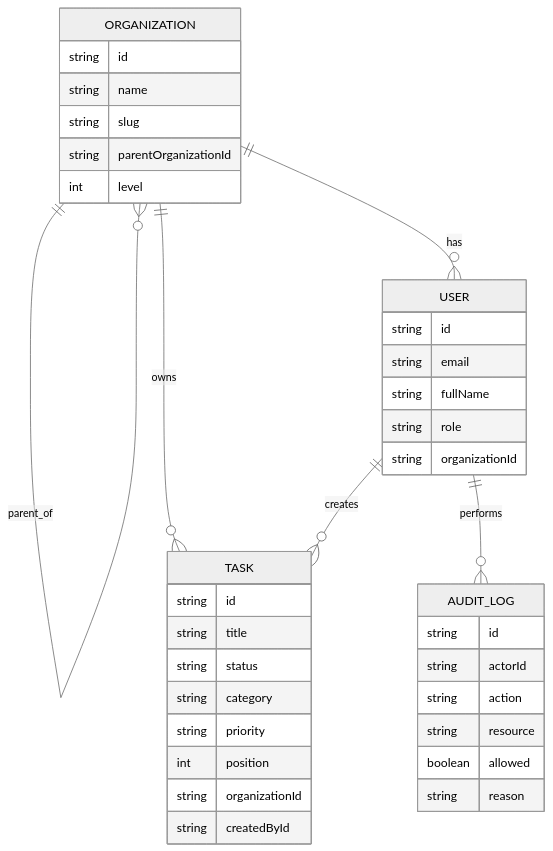
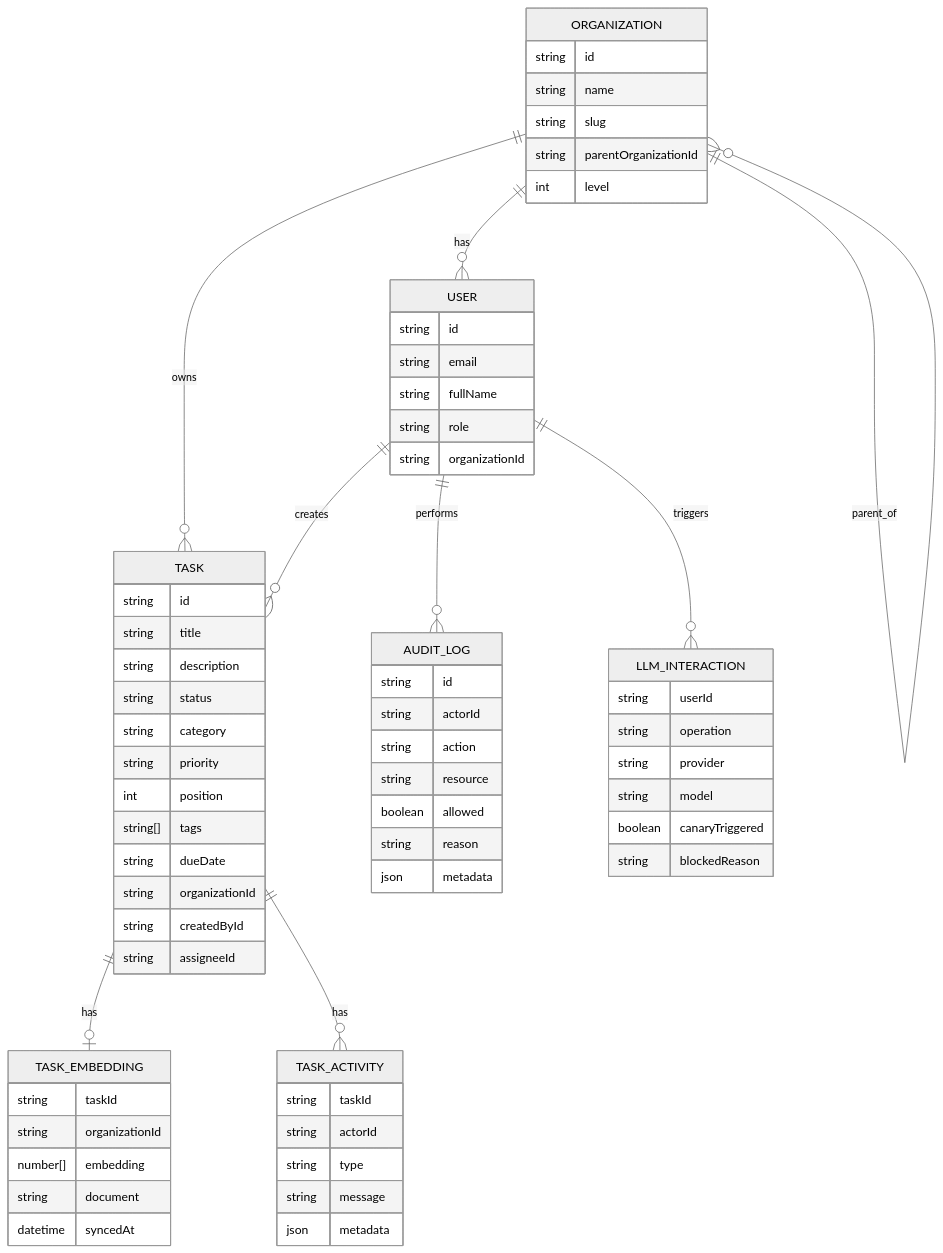
One commit to ksm007/kmarathe-493C3875-5748-4C7F-9803-3D2EFE845779 changed the diagram in README.md. Above: the diagram before and after it, drawn with Mermaid (neutral theme). The commit also changed other lines of this file, not shown here.

````diff
--- a/README.md
+++ b/README.md
@@ -98,44 +143,77 @@
 ```mermaid
 erDiagram
   ORGANIZATION ||--o{ ORGANIZATION : parent_of
   ORGANIZATION ||--o{ USER : has
   ORGANIZATION ||--o{ TASK : owns
   USER ||--o{ TASK : creates
   USER ||--o{ AUDIT_LOG : performs
+  TASK ||--o| TASK_EMBEDDING : has
+  TASK ||--o{ TASK_ACTIVITY : has
+  USER ||--o{ LLM_INTERACTION : triggers
 
   ORGANIZATION {
     string id
     string name
     string slug
     string parentOrganizationId
     int level
   }
 
   USER {
     string id
     string email
     string fullName
     string role
     string organizationId
   }
 
   TASK {
     string id
     string title
+    string description
     string status
     string category
     string priority
     int position
+    string[] tags
+    string dueDate
     string organizationId
     string createdById
+    string assigneeId
+  }
+
+  TASK_EMBEDDING {
+    string taskId
+    string organizationId
+    number[] embedding
+    string document
+    datetime syncedAt
+  }
+
+  TASK_ACTIVITY {
+    string taskId
+    string actorId
+    string type
+    string message
+    json metadata
   }
 
   AUDIT_LOG {
     string id
     string actorId
     string action
     string resource
     boolean allowed
     string reason
+    json metadata
+  }
+
+  LLM_INTERACTION {
+    string userId
+    string operation
+    string provider
+    string model
+    boolean canaryTriggered
+    string blockedReason
   }
 ```
````
